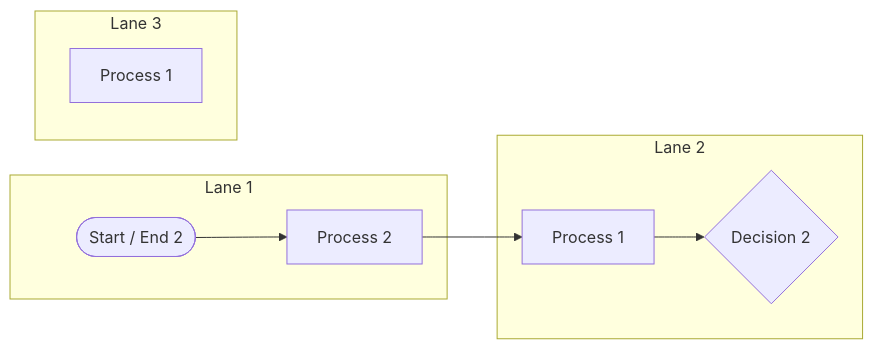
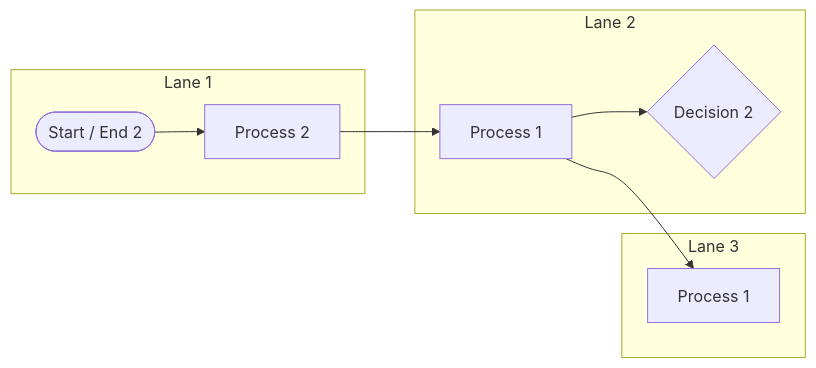
Before and after one commit to pingpm/mermaid_vault: the diagram in mmd/123_9b882ae4-c4df-432b-9e50-9fb05b2c95e5.mmd, drawn with Mermaid. The commit also changed 2 other files, not shown here.

Commit message:
Sync Mermaid Studio data (14 diagrams)

```diff
--- a/mmd/123_9b882ae4-c4df-432b-9e50-9fb05b2c95e5.mmd
+++ b/mmd/123_9b882ae4-c4df-432b-9e50-9fb05b2c95e5.mmd
@@ -1,19 +1,18 @@
 flowchart LR
   subgraph lane_0["Lane 1"]
     t_0["Process 2"]
-    %% [tag:existing] 已有 | 开启为了加快论文
     t_1(["Start / End 2"])
   end
   subgraph lane_1["Lane 2"]
     t_2{"Decision 2"}
     %% [tag:existing] 已有 | 阿斯顿撒娇看了大姐撒开
     t_3["Process 1"]
-    %% [tag:other] 其他
   end
   subgraph lane_2["Lane 3"]
     t_4["Process 1"]
-    %% [tag:pending] 待确认 | 123123123
+    %% [tag:pending] 待确认
   end
   t_1 --> t_0
   t_0 --> t_3
   t_3 --> t_2
+  t_3 --> t_4
```
